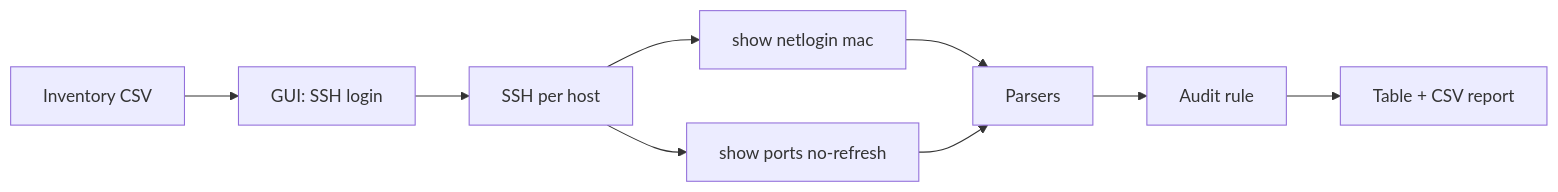
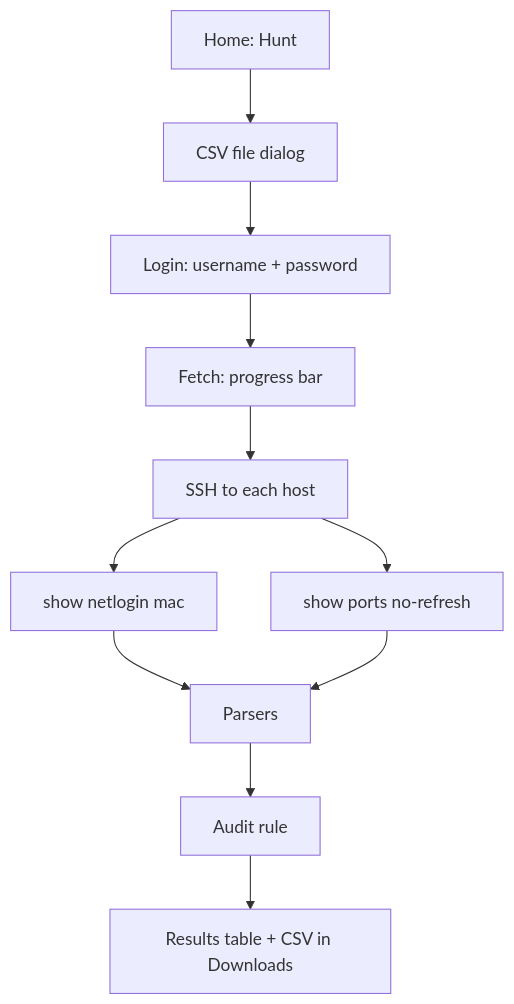
Before and after one commit to Verter18328/RPH-RougePortsHunter: the diagram in README.md, drawn with Mermaid. The commit also changed other lines of this file and 7 other files, not shown here.

````diff
--- a/README.md
+++ b/README.md
@@ -16,11 +18,13 @@
 ```mermaid
-flowchart LR
-  A[Inventory CSV] --> B[GUI: SSH login]
-  B --> C[SSH per host]
-  C --> D[show netlogin mac]
-  C --> E[show ports no-refresh]
-  D --> F[Parsers]
-  E --> F
-  F --> G[Audit rule]
-  G --> H[Table + CSV report]
+flowchart TD
+  S[Home: Hunt] --> F[CSV file dialog]
+  F --> L[Login: username + password]
+  L --> P[Fetch: progress bar]
+  P --> SSH[SSH to each host]
+  SSH --> D[show netlogin mac]
+  SSH --> E[show ports no-refresh]
+  D --> PAR[Parsers]
+  E --> PAR
+  PAR --> R[Audit rule]
+  R --> W[Results table + CSV in Downloads]
 ```
````
